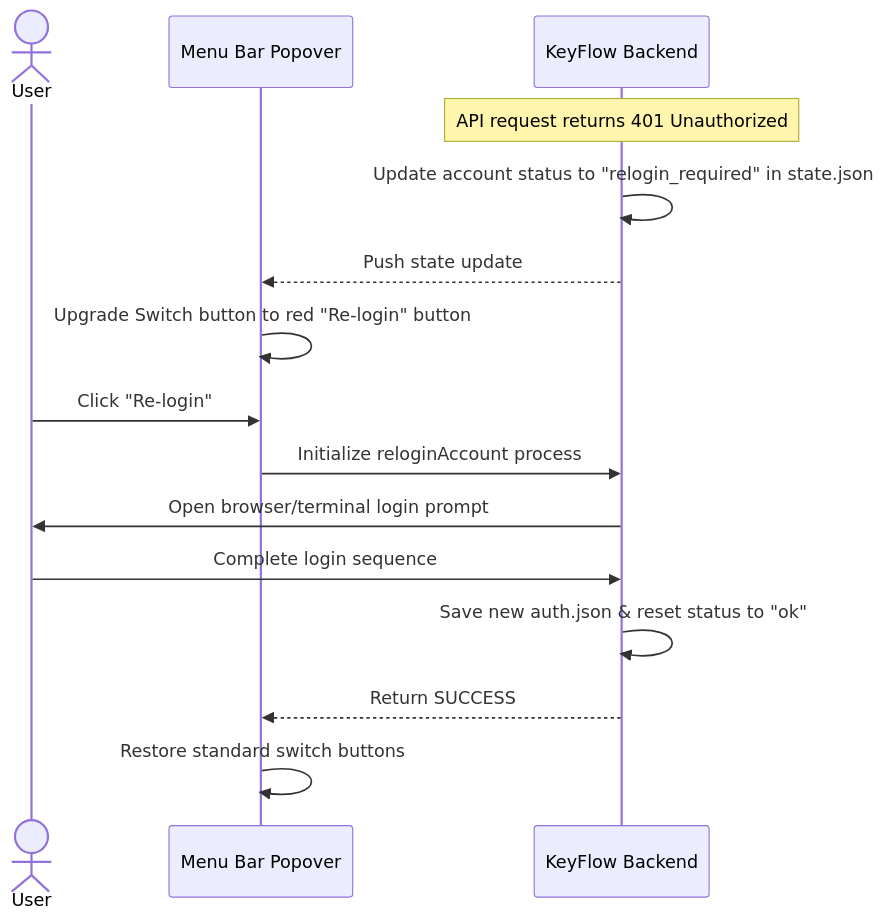
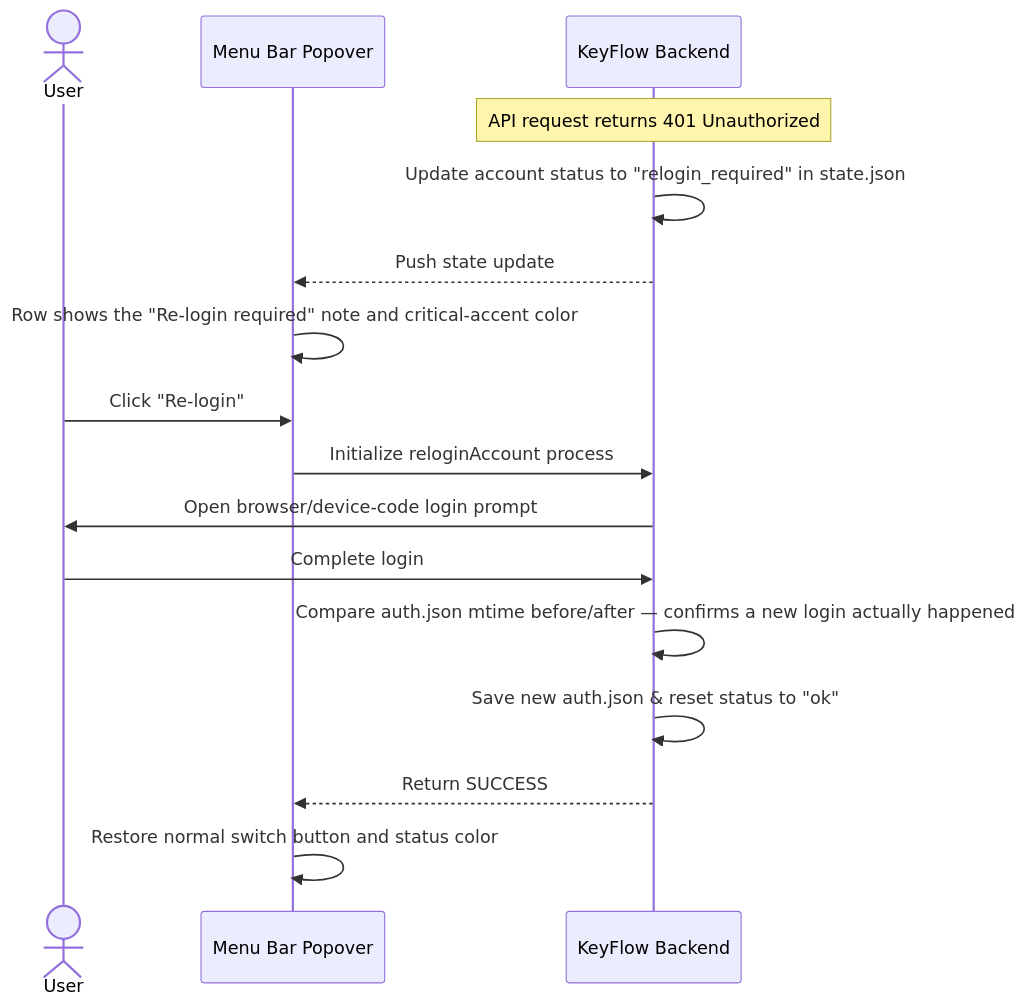
The fourth of 5 diagrams in docs/USERFLOW.md (hbui290/keyflow), drawn with Mermaid before and after one commit. The commit also changed other lines of this file and 3 other files, not shown here.

````diff
--- a/docs/USERFLOW.md
+++ b/docs/USERFLOW.md
@@ -104,19 +109,20 @@
 ```mermaid
 sequenceDiagram
     actor User as User
     participant Pop as Menu Bar Popover
     participant CLI as KeyFlow Backend
 
     Note over CLI: API request returns 401 Unauthorized
     CLI->>CLI: Update account status to "relogin_required" in state.json
     CLI-->>Pop: Push state update
-    Pop->>Pop: Upgrade Switch button to red "Re-login" button
-    
+    Pop->>Pop: Row shows the "Re-login required" note and critical-accent color
+
     User->>Pop: Click "Re-login"
     Pop->>CLI: Initialize reloginAccount process
-    CLI->>User: Open browser/terminal login prompt
-    User->>CLI: Complete login sequence
+    CLI->>User: Open browser/device-code login prompt
+    User->>CLI: Complete login
+    CLI->>CLI: Compare auth.json mtime before/after — confirms a new login actually happened
     CLI->>CLI: Save new auth.json & reset status to "ok"
     CLI-->>Pop: Return SUCCESS
-    Pop->>Pop: Restore standard switch buttons
+    Pop->>Pop: Restore normal switch button and status color
 ```
````
